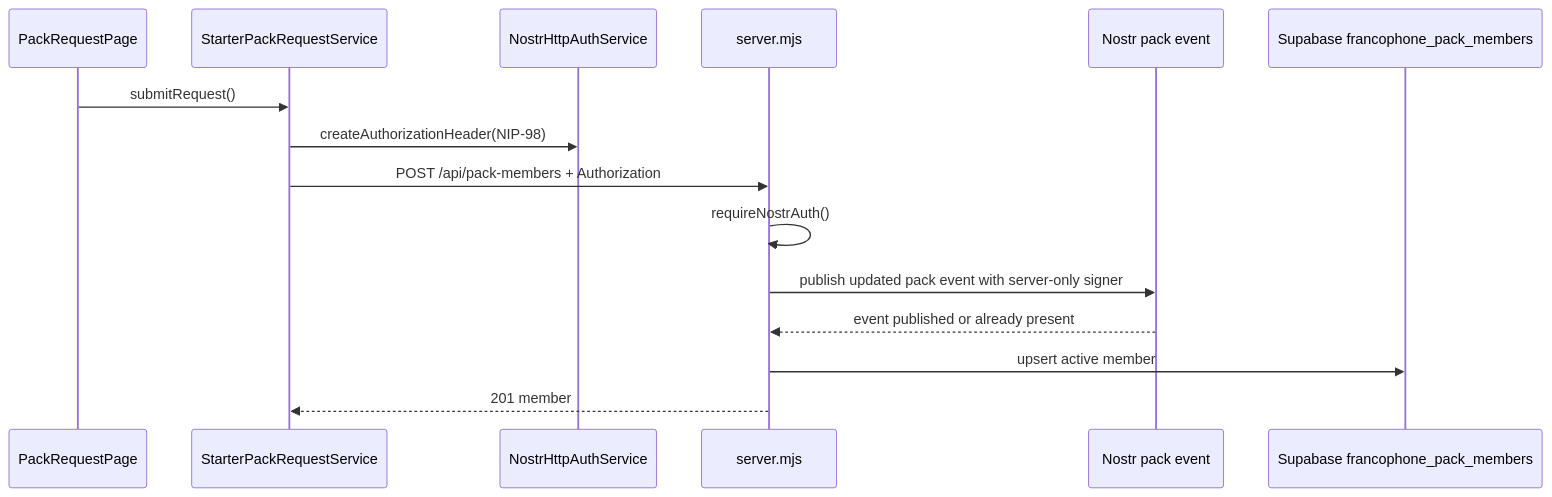
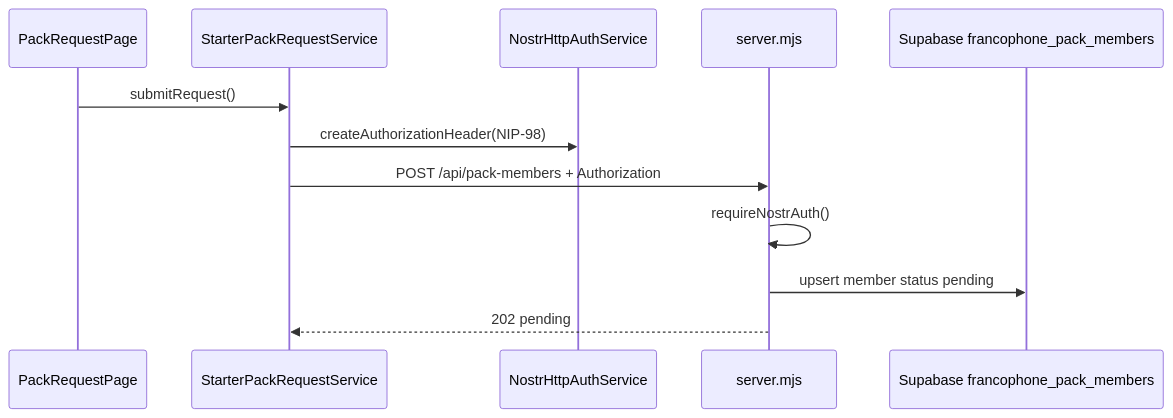
One commit to maxiim3/nostr-tools-ng-app changed the first of 2 diagrams in src/features/packs/README.md. Above: the diagram before and after it, drawn with Mermaid. The commit also changed other lines of this file and 22 other files, not shown here.

````diff
--- a/src/features/packs/README.md
+++ b/src/features/packs/README.md
@@ -15,18 +15,15 @@
 ```mermaid
 sequenceDiagram
   participant User as PackRequestPage
   participant Service as StarterPackRequestService
   participant Auth as NostrHttpAuthService
   participant API as server.mjs
-  participant Pack as Nostr pack event
   participant DB as Supabase francophone_pack_members
 
   User->>Service: submitRequest()
   Service->>Auth: createAuthorizationHeader(NIP-98)
   Service->>API: POST /api/pack-members + Authorization
   API->>API: requireNostrAuth()
-  API->>Pack: publish updated pack event with server-only signer
-  Pack-->>API: event published or already present
-  API->>DB: upsert active member
-  API-->>Service: 201 member
+  API->>DB: upsert member status pending
+  API-->>Service: 202 pending
 ```
````
